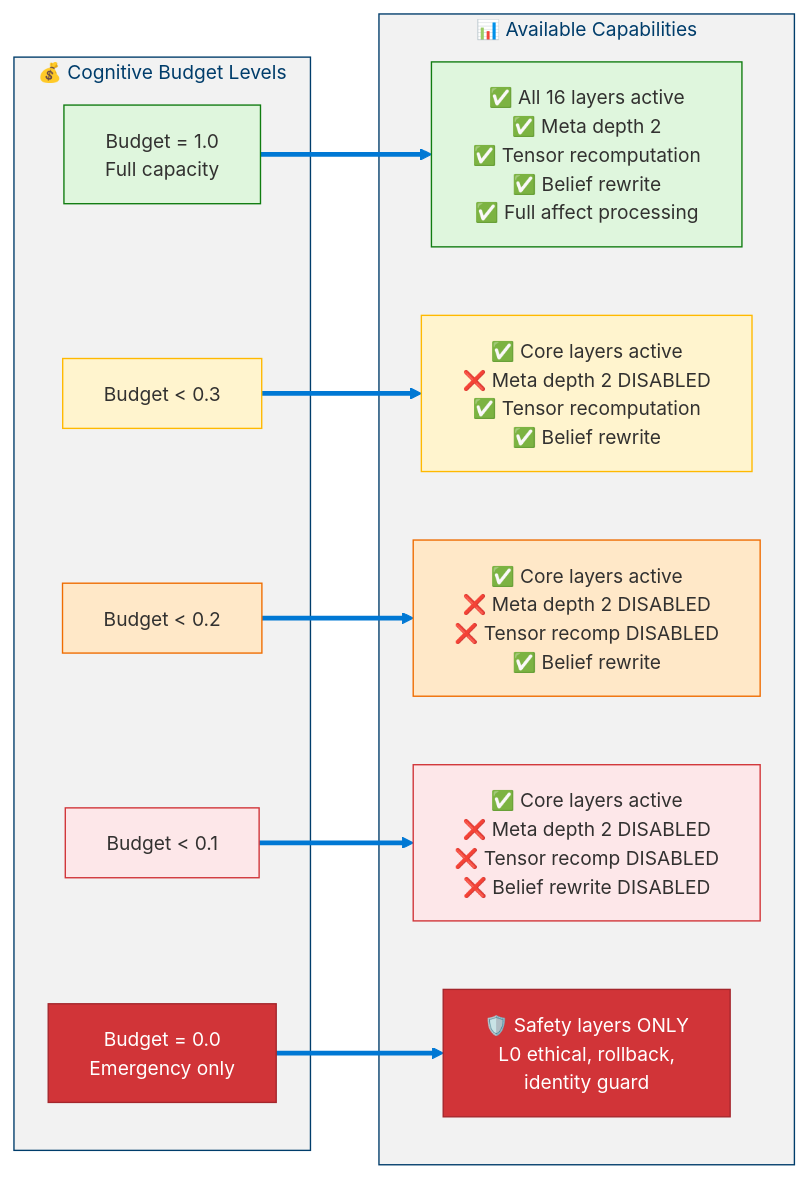
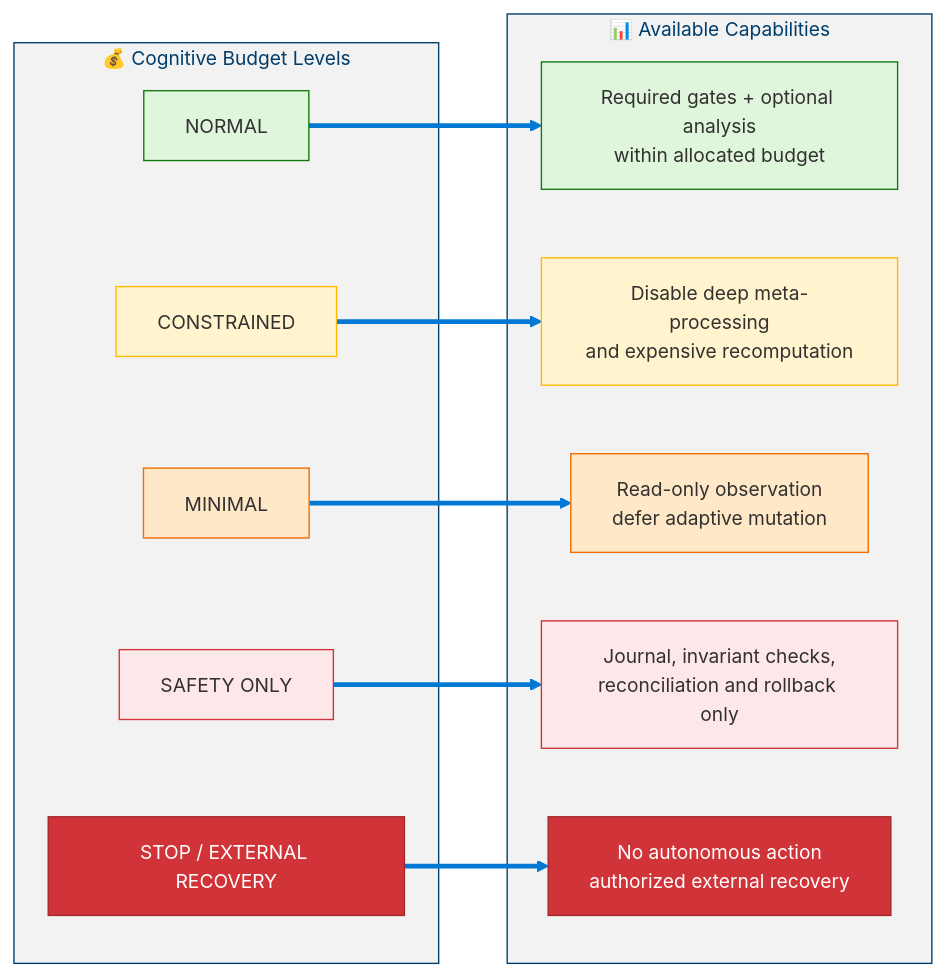
One commit to dotnetpower/mscp changed diagram 16 of 19 in docs/levels/Level_3_Self_Regulating_Agent.md. Above: the diagram before and after it, drawn with Mermaid. The commit also changed other lines of this file and 21 other files, not shown here.

````diff
--- a/docs/levels/Level_3_Self_Regulating_Agent.md
+++ b/docs/levels/Level_3_Self_Regulating_Agent.md
@@ -1280,31 +1399,31 @@
 ```mermaid
 %%{init: {'theme': 'base', 'themeVariables': {'primaryColor': '#0078D4', 'primaryTextColor': '#003D6B', 'primaryBorderColor': '#003D6B', 'secondaryColor': '#50E6FF', 'secondaryTextColor': '#323130', 'secondaryBorderColor': '#00BCF2', 'tertiaryColor': '#F2F2F2', 'tertiaryTextColor': '#323130', 'lineColor': '#0078D4', 'textColor': '#323130', 'mainBkg': '#DEECF9', 'nodeBorder': '#0078D4', 'clusterBkg': '#F2F2F2', 'clusterBorder': '#003D6B', 'titleColor': '#003D6B', 'edgeLabelBackground': '#FFFFFF', 'fontSize': '14px'}}}%%
 flowchart LR
   classDef full fill:#DFF6DD,stroke:#107C10,color:#323130
   classDef low fill:#FFF4CE,stroke:#FFB900,color:#323130
   classDef vlow fill:#FFE8C8,stroke:#EF6C00,color:#323130
   classDef critical fill:#FDE7E9,stroke:#D13438,color:#323130
   classDef emergency fill:#D13438,stroke:#A4262C,color:#FFF
 
   subgraph BudgetLevels["💰 Cognitive Budget Levels"]
-    B100["Budget = 1.0<br/>Full capacity"]:::full
-    B030["Budget < 0.3"]:::low
-    B020["Budget < 0.2"]:::vlow
-    B010["Budget < 0.1"]:::critical
-    B000["Budget = 0.0<br/>Emergency only"]:::emergency
+    B100["NORMAL"]:::full
+    B030["CONSTRAINED"]:::low
+    B020["MINIMAL"]:::vlow
+    B010["SAFETY ONLY"]:::critical
+    B000["STOP / EXTERNAL RECOVERY"]:::emergency
   end
 
   subgraph Capabilities["📊 Available Capabilities"]
-    C_FULL["✅ All 16 layers active<br/>✅ Meta depth 2<br/>✅ Tensor recomputation<br/>✅ Belief rewrite<br/>✅ Full affect processing"]:::full
-    C_030["✅ Core layers active<br/>❌ Meta depth 2 DISABLED<br/>✅ Tensor recomputation<br/>✅ Belief rewrite"]:::low
-    C_020["✅ Core layers active<br/>❌ Meta depth 2 DISABLED<br/>❌ Tensor recomp DISABLED<br/>✅ Belief rewrite"]:::vlow
-    C_010["✅ Core layers active<br/>❌ Meta depth 2 DISABLED<br/>❌ Tensor recomp DISABLED<br/>❌ Belief rewrite DISABLED"]:::critical
-    C_000["🛡️ Safety layers ONLY<br/>L0 ethical, rollback,<br/>identity guard"]:::emergency
+    C_FULL["Required gates + optional analysis<br/>within allocated budget"]:::full
+    C_030["Disable deep meta-processing<br/>and expensive recomputation"]:::low
+    C_020["Read-only observation<br/>defer adaptive mutation"]:::vlow
+    C_010["Journal, invariant checks,<br/>reconciliation and rollback only"]:::critical
+    C_000["No autonomous action<br/>authorized external recovery"]:::emergency
   end
 
   B100 ==> C_FULL
   B030 ==> C_030
   B020 ==> C_020
   B010 ==> C_010
   B000 ==> C_000
 ```
````
